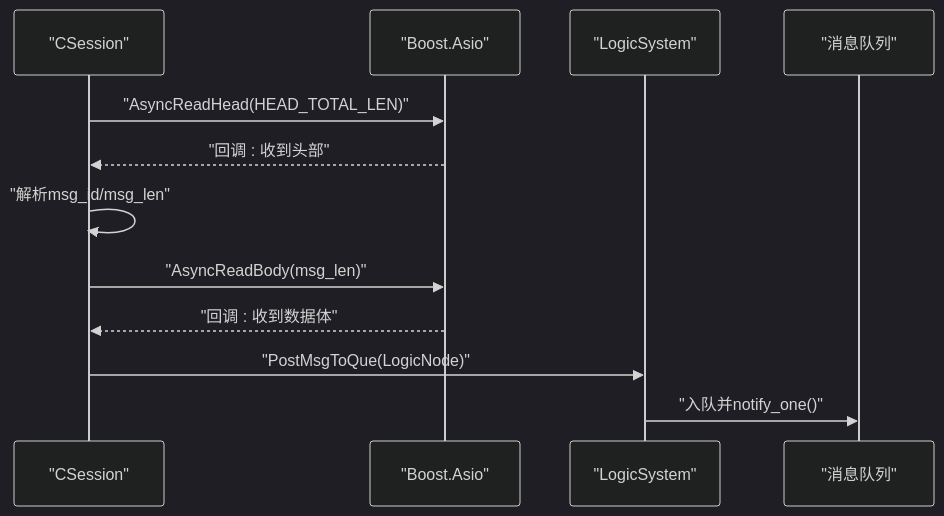
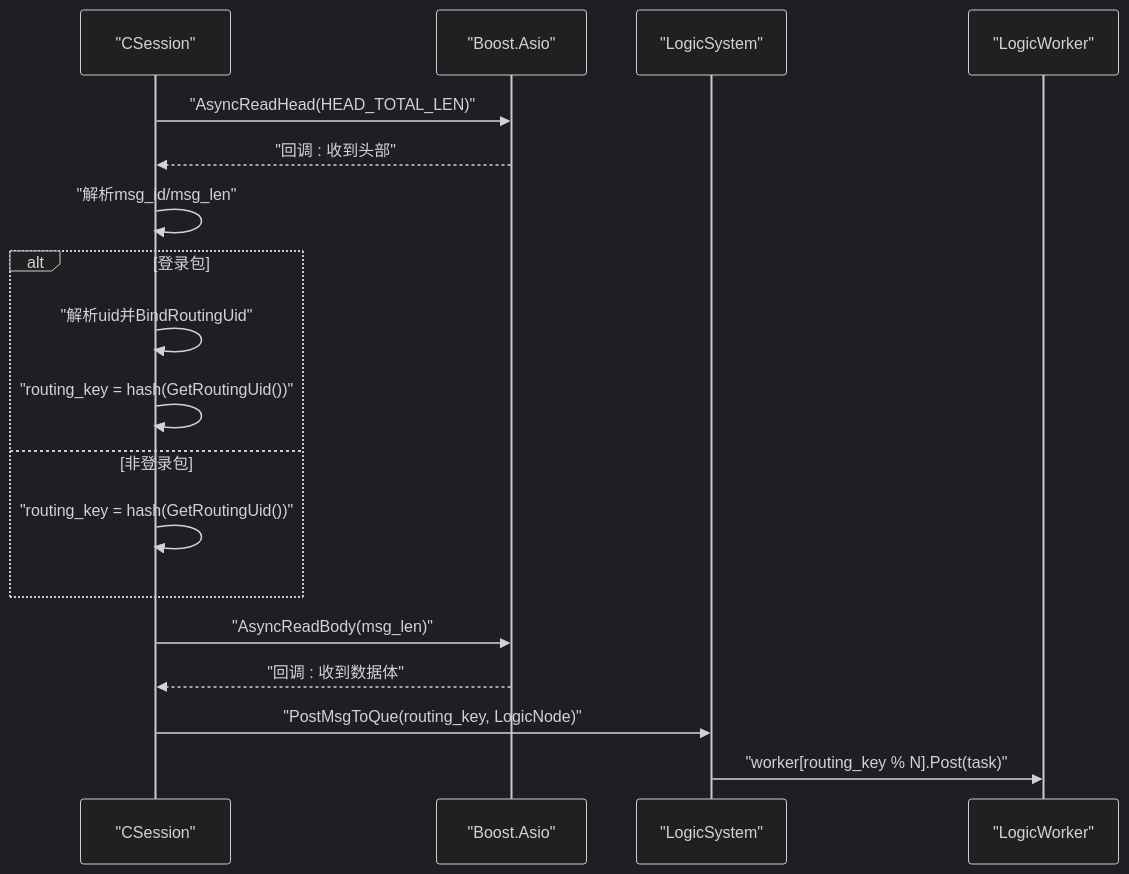
Before and after one commit to echo9923/mychatter: the fifth of 7 diagrams in .qoder/repowiki/zh/content/服务端开发/ChatServer聊天核心服务/业务逻辑系统/消息路由系统.md, drawn with Mermaid (dark theme). The commit also changed other lines of this file and 54 other files, not shown here.

````diff
--- a/.qoder/repowiki/zh/content/服务端开发/ChatServer聊天核心服务/业务逻辑系统/消息路由系统.md
+++ b/.qoder/repowiki/zh/content/服务端开发/ChatServer聊天核心服务/业务逻辑系统/消息路由系统.md
@@ -214,14 +255,20 @@
 ```mermaid
 sequenceDiagram
 participant IO as "CSession"
 participant Net as "Boost.Asio"
 participant LS as "LogicSystem"
-participant Q as "消息队列"
+participant Worker as "LogicWorker"
 IO->>Net : "AsyncReadHead(HEAD_TOTAL_LEN)"
 Net-->>IO : "回调 : 收到头部"
 IO->>IO : "解析msg_id/msg_len"
+alt 登录包
+IO->>IO : "解析uid并BindRoutingUid"
+IO->>IO : "routing_key = hash(GetRoutingUid())"
+else 非登录包
+IO->>IO : "routing_key = hash(GetRoutingUid())"
+end
 IO->>Net : "AsyncReadBody(msg_len)"
 Net-->>IO : "回调 : 收到数据体"
-IO->>LS : "PostMsgToQue(LogicNode)"
-LS->>Q : "入队并notify_one()"
+IO->>LS : "PostMsgToQue(routing_key, LogicNode)"
+LS->>Worker : "worker[routing_key % N].Post(task)"
 ```
````
